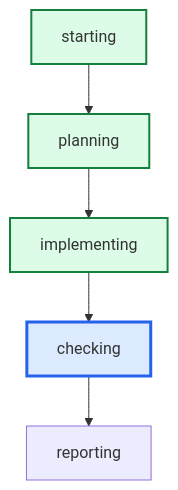
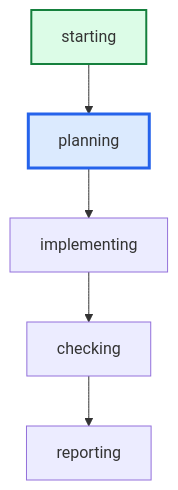
The diagram in latest/graph.mmd (daniell0gda/hermes-feature-check-dashboard), drawn with Mermaid before and after one commit. The commit also changed 28 other files, not shown here.

```diff
--- a/latest/graph.mmd
+++ b/latest/graph.mmd
@@ -1,13 +1,11 @@
 graph TD
     starting --> planning
     planning --> implementing
     implementing --> checking
     checking --> reporting
 
 classDef done fill:#dcfce7,stroke:#15803d,stroke-width:2px;
 classDef active fill:#dbeafe,stroke:#2563eb,stroke-width:3px;
 classDef failed fill:#fee2e2,stroke:#b42318,stroke-width:2px;
-class planning done;
-class checking active;
-class implementing done;
+class planning active;
 class starting done;
```
